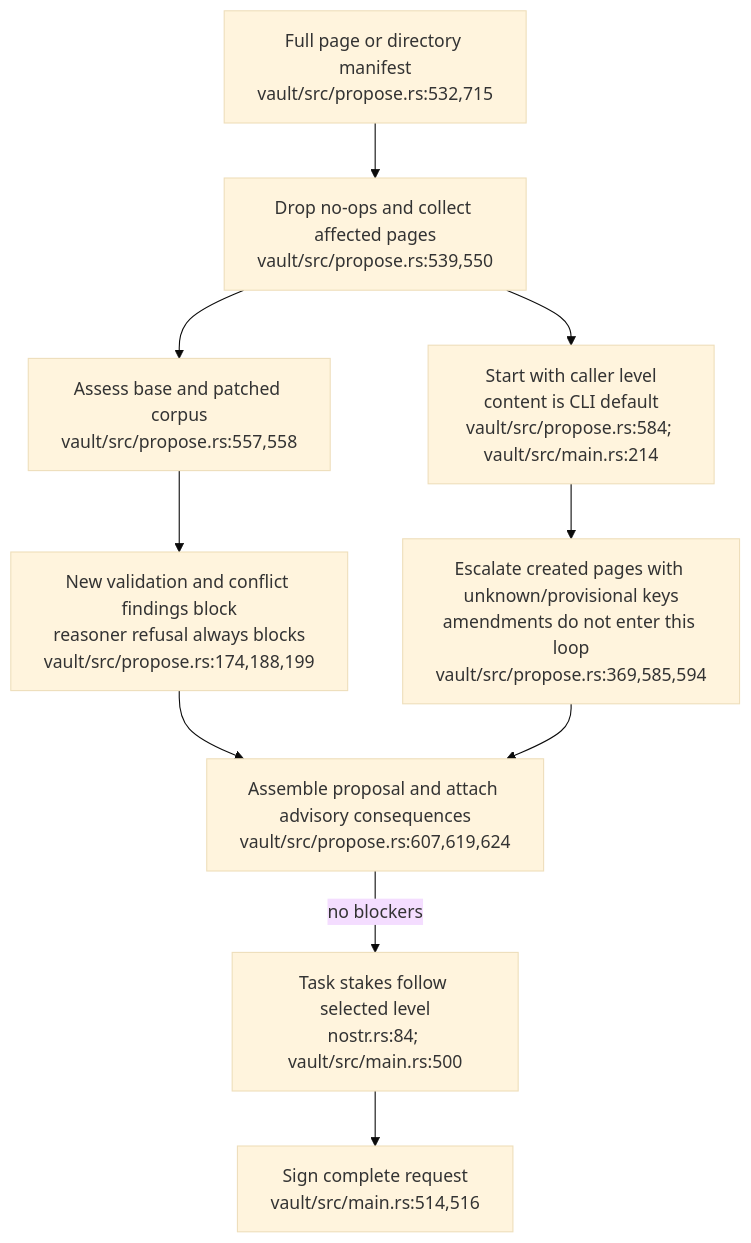
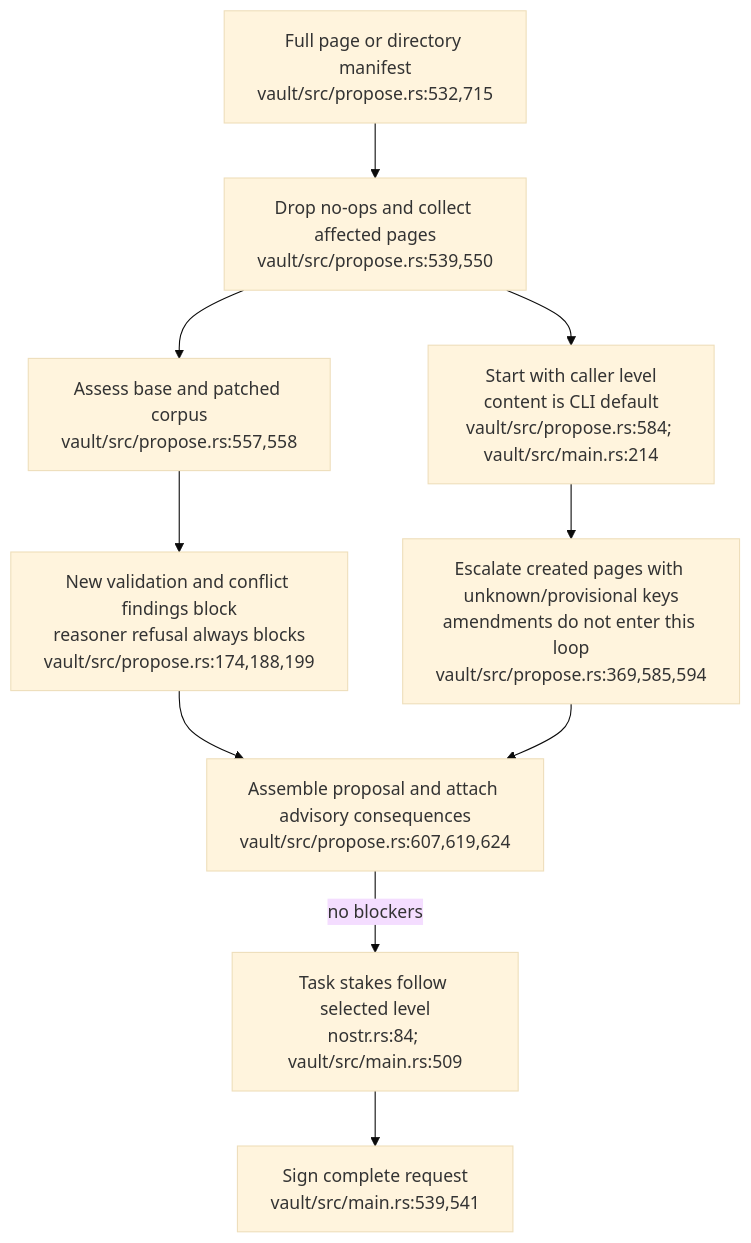
Before and after one commit to DreamLab-AI/VisionFlow: the first of 4 diagrams in docs/diagrams/visionclaw/41-proposal-construction-and-consumer-scope.md, drawn with Mermaid (base theme). The commit also changed other lines of this file and 154 other files, not shown here.

First line of the commit message:
docs(diagrams): re-stamp 154 topics whose every citation still reads the same text at the current heads

````diff
--- a/docs/diagrams/visionclaw/41-proposal-construction-and-consumer-scope.md
+++ b/docs/diagrams/visionclaw/41-proposal-construction-and-consumer-scope.md
@@ -36,12 +36,12 @@
 ```mermaid
 flowchart TD
     I["Full page or directory manifest<br/>vault/src/propose.rs:532,715"] --> D["Drop no-ops and collect affected pages<br/>vault/src/propose.rs:539,550"]
     D --> A["Assess base and patched corpus<br/>vault/src/propose.rs:557,558"]
     A --> B["New validation and conflict findings block<br/>reasoner refusal always blocks<br/>vault/src/propose.rs:174,188,199"]
     D --> L["Start with caller level<br/>content is CLI default<br/>vault/src/propose.rs:584; vault/src/main.rs:214"]
     L --> C["Escalate created pages with unknown/provisional keys<br/>amendments do not enter this loop<br/>vault/src/propose.rs:369,585,594"]
     B --> P["Assemble proposal and attach advisory consequences<br/>vault/src/propose.rs:607,619,624"]
     C --> P
-    P -->|no blockers| T["Task stakes follow selected level<br/>nostr.rs:84; vault/src/main.rs:500"]
-    T --> S["Sign complete request<br/>vault/src/main.rs:514,516"]
+    P -->|no blockers| T["Task stakes follow selected level<br/>nostr.rs:84; vault/src/main.rs:509"]
+    T --> S["Sign complete request<br/>vault/src/main.rs:539,541"]
 ```
````
